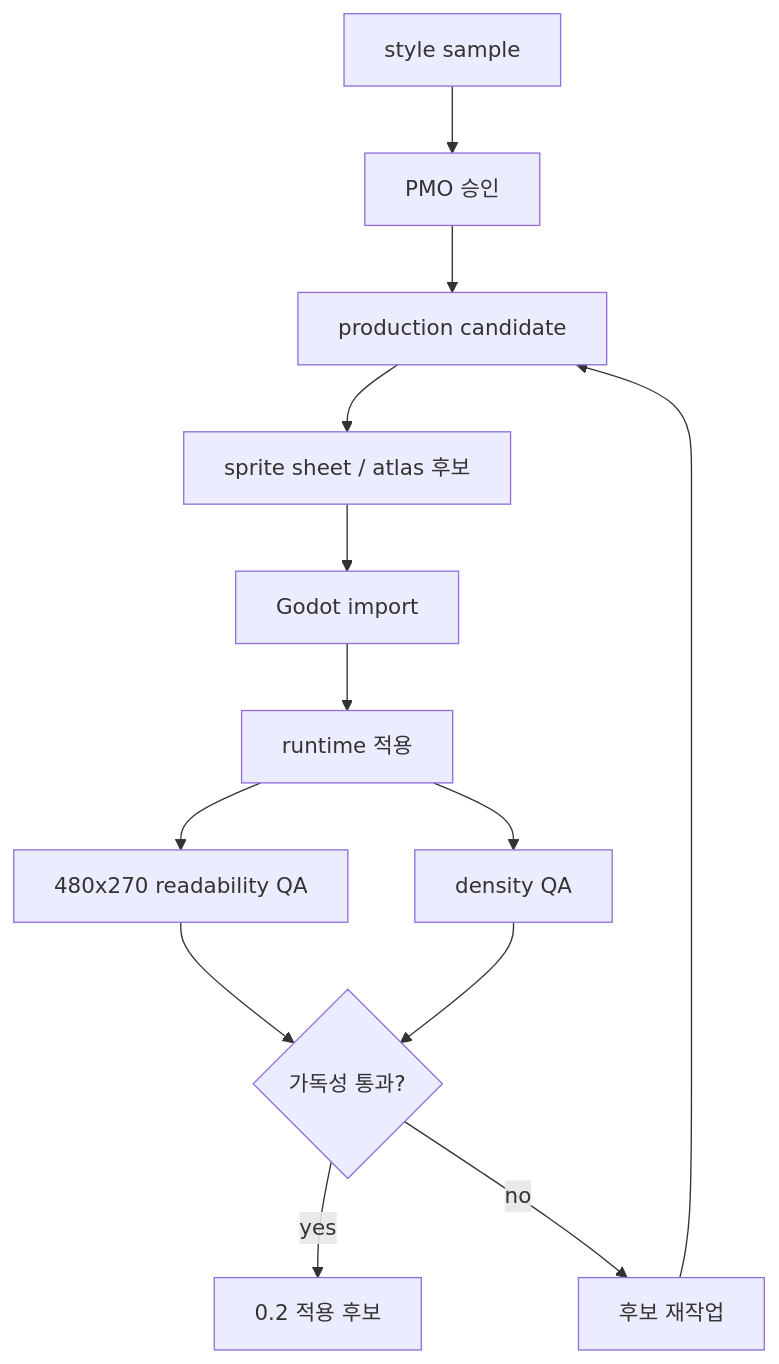
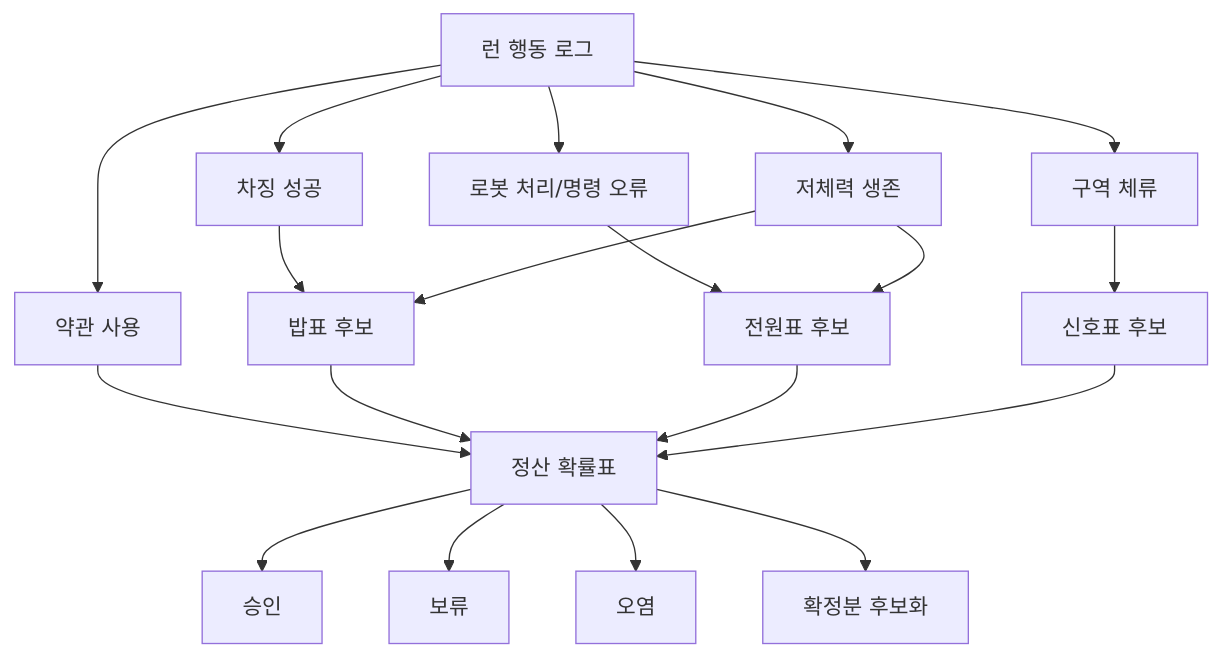
Before and after one commit to chaosdeity/atomic-ad-survivors: the seventh of 13 diagrams in SYSTEM_FLOW_DIAGRAMS.md, drawn with Mermaid. The commit also changed other lines of this file and 29 other files, not shown here.

Commit message:
docs: add 0.2 architecture references

````diff
--- a/SYSTEM_FLOW_DIAGRAMS.md
+++ b/SYSTEM_FLOW_DIAGRAMS.md
@@ -534,15 +227,36 @@
 ```mermaid
 flowchart TD
-    Style["style sample"] --> PMO["PMO 승인"]
-    PMO --> Candidate["production candidate"]
-    Candidate --> Sheet["sprite sheet / atlas 후보"]
-    Sheet --> Import["Godot import"]
-    Import --> Runtime["runtime 적용"]
-    Runtime --> Readability["480x270 readability QA"]
-    Runtime --> Density["density QA"]
-    Readability --> Approve{"가독성 통과?"}
-    Density --> Approve
-    Approve -->|yes| Applied["0.2 적용 후보"]
-    Approve -->|no| Iterate["후보 재작업"]
-    Iterate --> Candidate
+    Actions["런 행동 로그"]
+    ZoneStay["구역 체류"]
+    Charge["차징 성공"]
+    Robot["로봇 처리/명령 오류"]
+    LowHP["저체력 생존"]
+    TermsUse["약관 사용"]
+    Food["밥표 후보"]
+    Power["전원표 후보"]
+    Signal["신호표 후보"]
+    Settlement["정산 확률표"]
+    Approved["승인"]
+    Held["보류"]
+    Dirty["오염"]
+    Downgrade["확정분 후보화"]
+
+    Actions --> ZoneStay
+    Actions --> Charge
+    Actions --> Robot
+    Actions --> LowHP
+    Actions --> TermsUse
+    ZoneStay --> Signal
+    Charge --> Food
+    Robot --> Power
+    LowHP --> Food
+    LowHP --> Power
+    TermsUse --> Settlement
+    Food --> Settlement
+    Power --> Settlement
+    Signal --> Settlement
+    Settlement --> Approved
+    Settlement --> Held
+    Settlement --> Dirty
+    Settlement --> Downgrade
 ```
````
